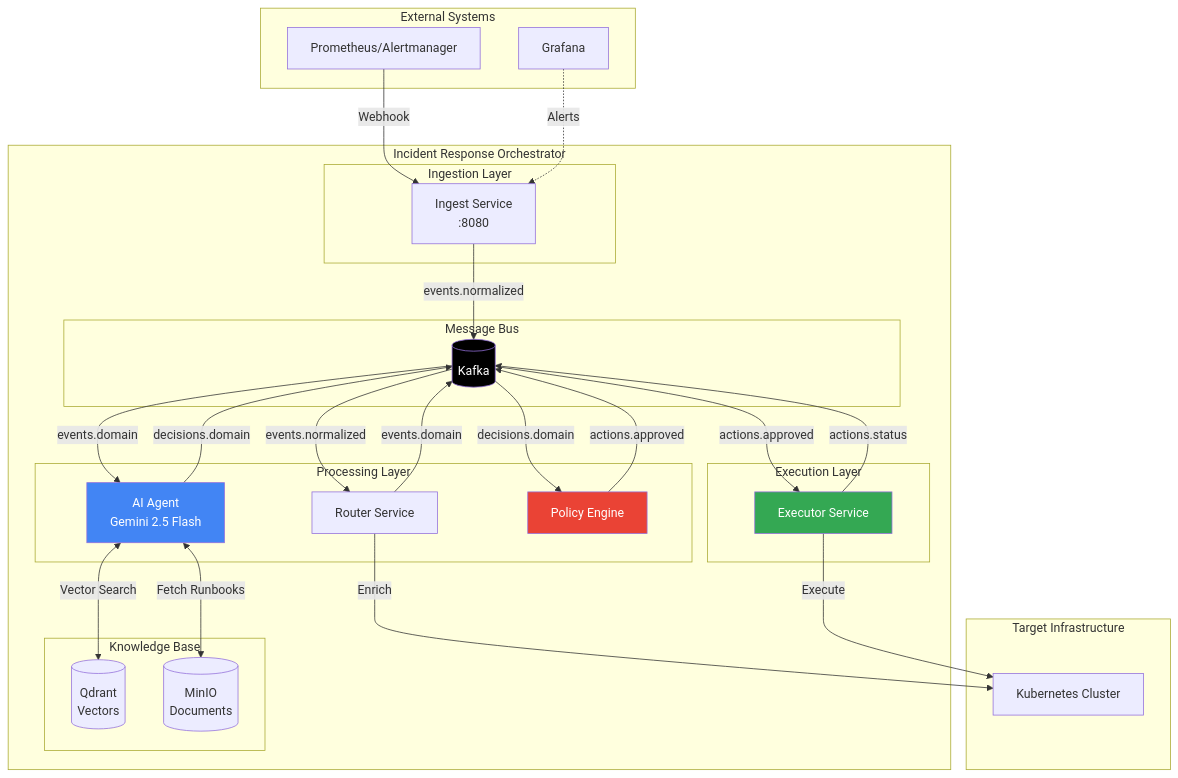
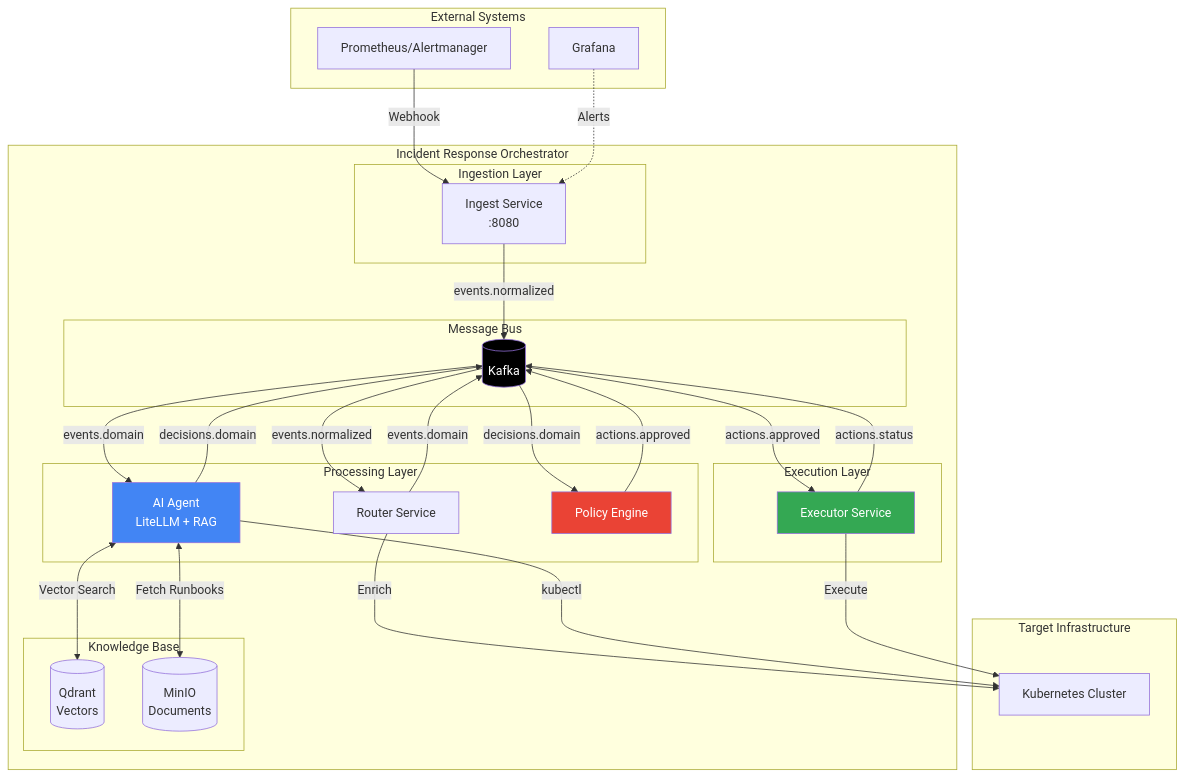
One commit to ChiragJS/IncidentResponseOrchestrator changed the first of 2 diagrams in README.md. Above: the diagram before and after it, drawn with Mermaid. The commit also changed other lines of this file and 5 other files, not shown here.

````diff
--- a/README.md
+++ b/README.md
@@ -15,61 +17,62 @@
 ```mermaid
 flowchart TB
     subgraph External["External Systems"]
         PM[Prometheus/Alertmanager]
         GF[Grafana]
     end
 
     subgraph Orchestrator["Incident Response Orchestrator"]
         subgraph Ingestion["Ingestion Layer"]
             ING[Ingest Service<br/>:8080]
         end
 
         subgraph Messaging["Message Bus"]
             KAFKA[(Kafka)]
         end
 
         subgraph Processing["Processing Layer"]
             RTR[Router Service]
-            AI[AI Agent<br/>Gemini 2.5 Flash]
+            AI[AI Agent<br/>LiteLLM + RAG]
             POL[Policy Engine]
         end
 
         subgraph Knowledge["Knowledge Base"]
             QDRANT[(Qdrant<br/>Vectors)]
             MINIO[(MinIO<br/>Documents)]
         end
 
         subgraph Execution["Execution Layer"]
             EXE[Executor Service]
         end
     end
 
     subgraph Target["Target Infrastructure"]
         K8S[Kubernetes Cluster]
     end
 
     PM -->|Webhook| ING
     GF -.->|Alerts| ING
     
     ING -->|events.normalized| KAFKA
     KAFKA -->|events.normalized| RTR
     RTR -->|Enrich| K8S
     RTR -->|events.domain| KAFKA
     KAFKA -->|events.domain| AI
     
     AI <-->|Vector Search| QDRANT
     AI <-->|Fetch Runbooks| MINIO
+    AI -->|kubectl| K8S
     AI -->|decisions.domain| KAFKA
     
     KAFKA -->|decisions.domain| POL
     POL -->|actions.approved| KAFKA
     
     KAFKA -->|actions.approved| EXE
     EXE -->|Execute| K8S
     EXE -->|actions.status| KAFKA
 
     style AI fill:#4285f4,color:#fff
     style POL fill:#ea4335,color:#fff
     style EXE fill:#34a853,color:#fff
     style KAFKA fill:#000,color:#fff
 ```
````
